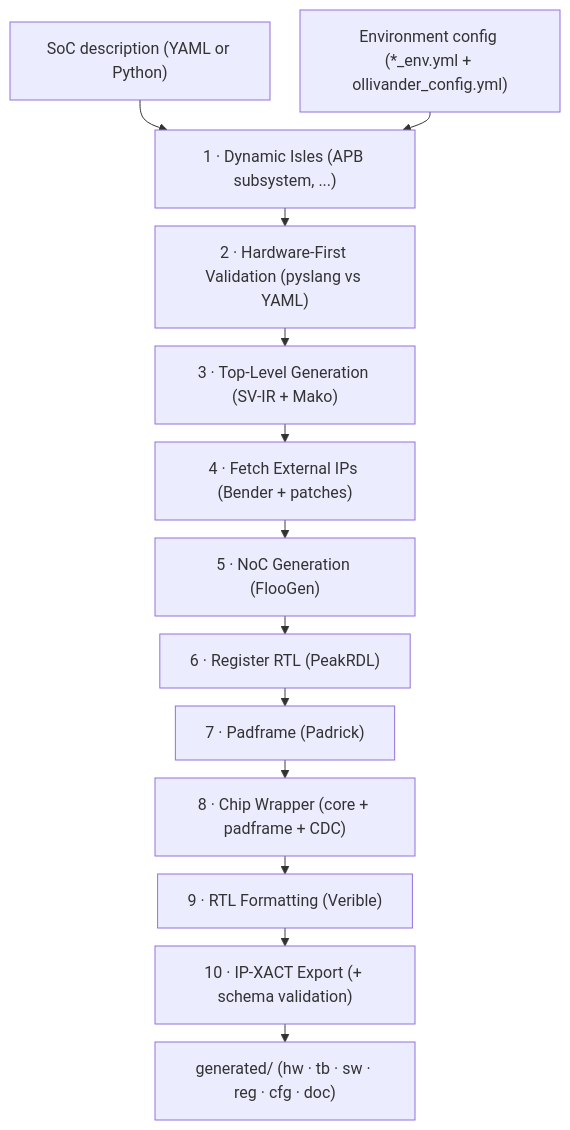
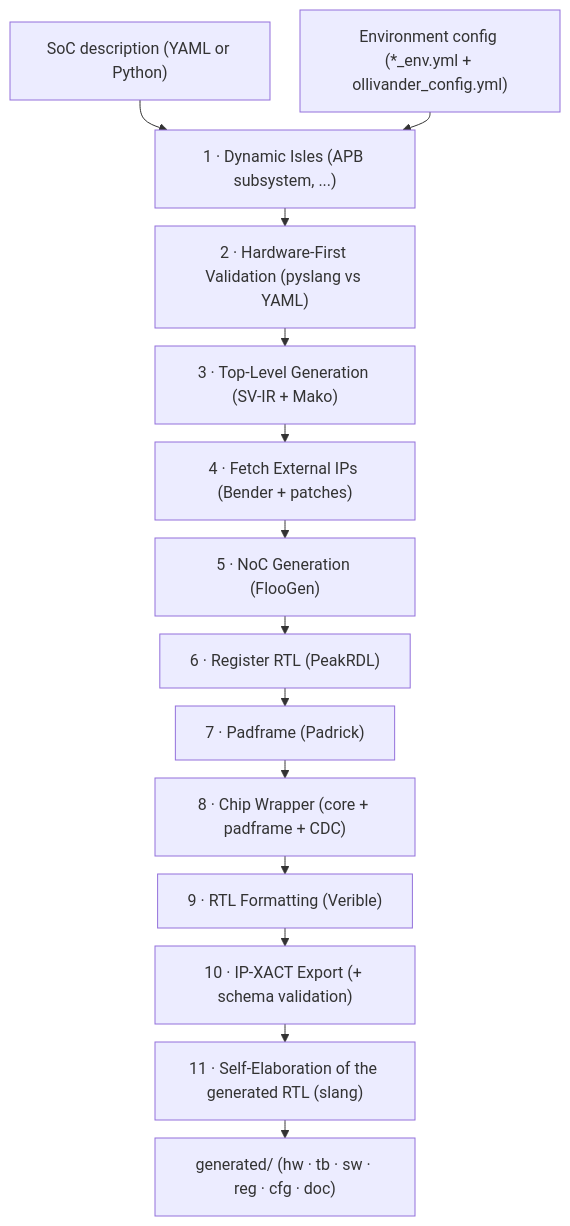
The third of 3 diagrams in README.md (FondazioneChipsIT/ollivander), drawn with Mermaid before and after one commit. The commit also changed other lines of this file and 19 other files, not shown here.

````diff
--- a/README.md
+++ b/README.md
@@ -107,16 +107,17 @@
 ```mermaid
 %%{init: {"flowchart": {"rankSpacing": 18, "nodeSpacing": 30}}}%%
 flowchart TB
     YAML["SoC description (YAML or Python)"] --> P1
     ENV["Environment config (*_env.yml + ollivander_config.yml)"] --> P1
     P1["1 · Dynamic Isles (APB subsystem, ...)"] --> P2["2 · Hardware-First Validation (pyslang vs YAML)"]
     P2 --> P3["3 · Top-Level Generation (SV-IR + Mako)"]
     P3 --> P4["4 · Fetch External IPs (Bender + patches)"]
     P4 --> P5["5 · NoC Generation (FlooGen)"]
     P5 --> P6["6 · Register RTL (PeakRDL)"]
     P6 --> P7["7 · Padframe (Padrick)"]
     P7 --> P8["8 · Chip Wrapper (core + padframe + CDC)"]
     P8 --> P9["9 · RTL Formatting (Verible)"]
     P9 --> P10["10 · IP-XACT Export (+ schema validation)"]
-    P10 --> OUT["generated/ (hw · tb · sw · reg · cfg · doc)"]
+    P10 --> P11["11 · Self-Elaboration of the generated RTL (slang)"]
+    P11 --> OUT["generated/ (hw · tb · sw · reg · cfg · doc)"]
 ```
````
